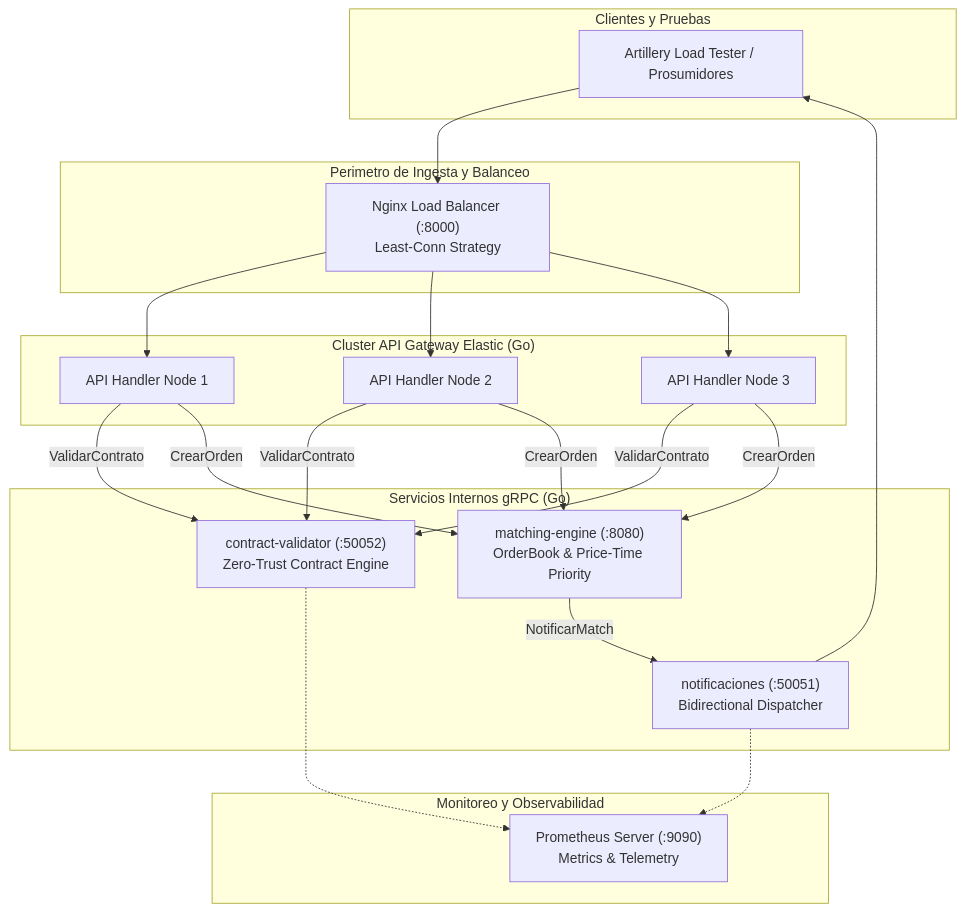
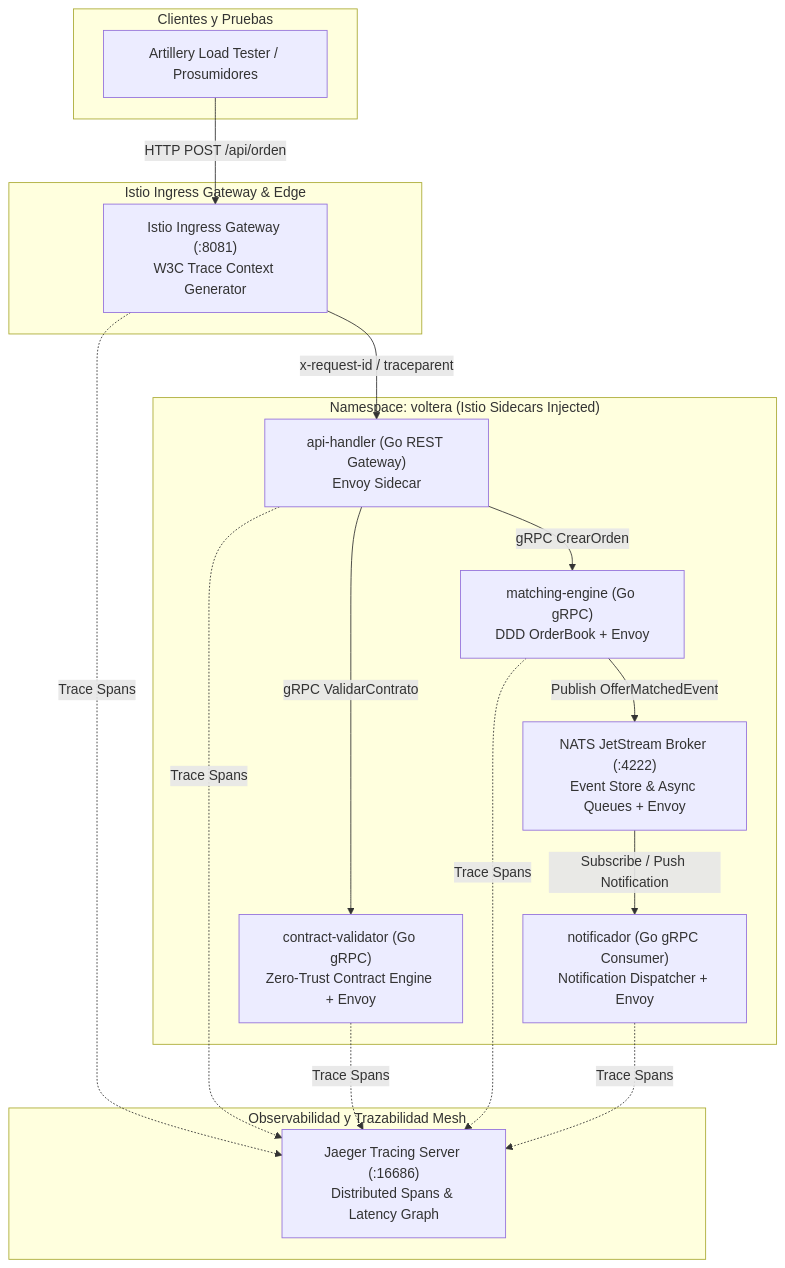
One commit to nelsonjcelisc/MATI_Arq_nuevas_tecnologias changed the diagram in voltera-p2p-go/README.md. Above: the diagram before and after it, drawn with Mermaid. The commit also changed other lines of this file, not shown here.

Commit message:
docs: actualizar README.md con arquitectura de Istio Service Mesh, NATS JetStream y diagramas Mermaid

````diff
--- a/voltera-p2p-go/README.md
+++ b/voltera-p2p-go/README.md
@@ -11,47 +13,41 @@
 ```mermaid
 graph TD
     subgraph Clientes_Pruebas["Clientes y Pruebas"]
         ART["Artillery Load Tester / Prosumidores"]
     end
 
-    subgraph Perimetro_Ingesta["Perimetro de Ingesta y Balanceo"]
-        NGX["Nginx Load Balancer (:8000)<br/>Least-Conn Strategy"]
+    subgraph Istio_Perimetro["Istio Ingress Gateway & Edge"]
+        GW["Istio Ingress Gateway (:8081)<br/>W3C Trace Context Generator"]
     end
 
-    subgraph Cluster_API_Gateway["Cluster API Gateway Elastic (Go)"]
-        API1["API Handler Node 1"]
-        API2["API Handler Node 2"]
-        API3["API Handler Node 3"]
+    subgraph Kubernetes_Voltera_Namespace["Namespace: voltera (Istio Sidecars Injected)"]
+        API["api-handler (Go REST Gateway)<br/>Envoy Sidecar"]
+        VAL["contract-validator (Go gRPC)<br/>Zero-Trust Contract Engine + Envoy"]
+        ENG["matching-engine (Go gRPC)<br/>DDD OrderBook + Envoy"]
+        NOT["notificador (Go gRPC Consumer)<br/>Notification Dispatcher + Envoy"]
+        NATS["NATS JetStream Broker (:4222)<br/>Event Store & Async Queues + Envoy"]
     end
 
-    subgraph Servicios_gRPC["Servicios Internos gRPC (Go)"]
-        VAL["contract-validator (:50052)<br/>Zero-Trust Contract Engine"]
-        ENG["matching-engine (:8080)<br/>OrderBook & Price-Time Priority"]
-        NOT["notificaciones (:50051)<br/>Bidirectional Dispatcher"]
+    subgraph Observabilidad_Istio["Observabilidad y Trazabilidad Mesh"]
+        JAEGER["Jaeger Tracing Server (:16686)<br/>Distributed Spans & Latency Graph"]
     end
 
-    subgraph Monitoreo_Observabilidad["Monitoreo y Observabilidad"]
-        PROM["Prometheus Server (:9090)<br/>Metrics & Telemetry"]
-    end
+    %% Flujos de Red e Ingesta
+    ART -->|HTTP POST /api/orden| GW
+    GW -->|x-request-id / traceparent| API
 
-    %% Flujos de Red
-    ART --> NGX
-    NGX --> API1
-    NGX --> API2
-    NGX --> API3
+    %% Comunicacion gRPC protegida por mTLS Envoy
+    API -->|gRPC ValidarContrato| VAL
+    API -->|gRPC CrearOrden| ENG
 
-    API1 -->|ValidarContrato| VAL
-    API2 -->|ValidarContrato| VAL
-    API3 -->|ValidarContrato| VAL
+    %% Event-Driven Architecture (Pub/Sub)
+    ENG -->|Publish OfferMatchedEvent| NATS
+    NATS -->|Subscribe / Push Notification| NOT
 
-    API1 -->|CrearOrden| ENG
-    API2 -->|CrearOrden| ENG
-    API3 -->|CrearOrden| ENG
-
-    ENG -->|NotificarMatch| NOT
-    NOT --> ART
-
-    %% Telemetria Prometheus
-    NOT -.-> PROM
-    VAL -.-> PROM
+    %% Trazabilidad Distribuida Automatizada por Envoy
+    GW -.->|Trace Spans| JAEGER
+    API -.->|Trace Spans| JAEGER
+    VAL -.->|Trace Spans| JAEGER
+    ENG -.->|Trace Spans| JAEGER
+    NOT -.->|Trace Spans| JAEGER
 ```
````
